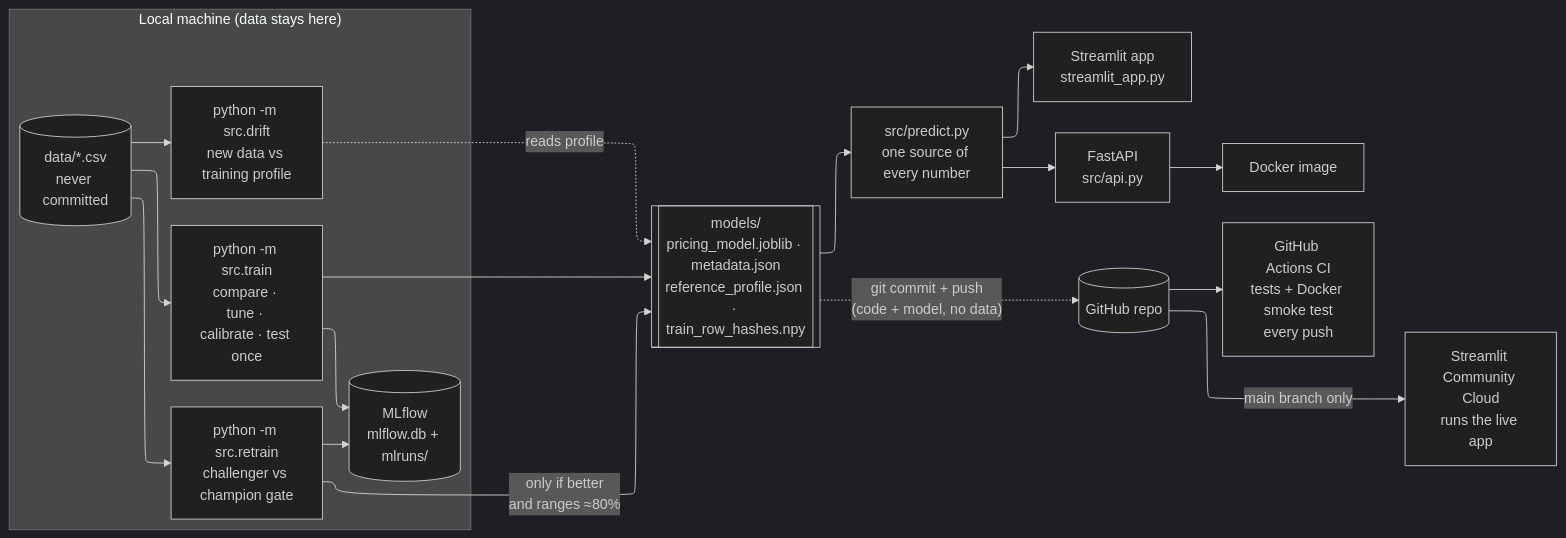
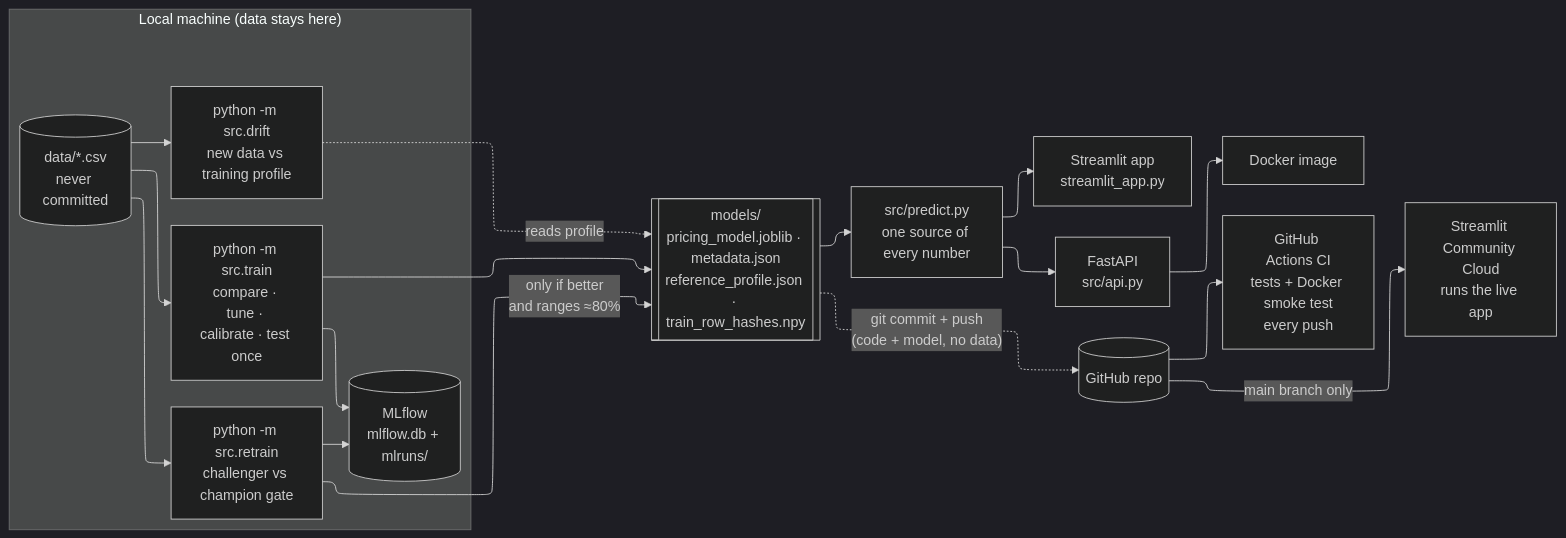
One commit to Kaushik075/used-car-pricing-engine changed the diagram in docs/architecture.mmd. Above: the diagram before and after it, drawn with Mermaid (dark theme). The commit also changed 1 other file, not shown here.

Commit message:
Diagram: final layout

```diff
--- a/docs/architecture.mmd
+++ b/docs/architecture.mmd
@@ -1,31 +1,31 @@
 ---
 config:
   layout: elk
   elk:
-    nodePlacementStrategy: NETWORK_SIMPLEX
+    nodePlacementStrategy: SIMPLE
   flowchart:
     wrappingWidth: 110
 ---
 flowchart LR
     subgraph local["Local machine (data stays here)"]
         CSV[("data/*.csv<br/>never committed")]
         TRAIN["python -m src.train<br/>compare · tune · calibrate · test once"]
         RETRAIN["python -m src.retrain<br/>challenger vs champion gate"]
         DRIFT["python -m src.drift<br/>new data vs training profile"]
         MLF[("MLflow<br/>mlflow.db + mlruns/")]
         CSV --> TRAIN & RETRAIN & DRIFT
         TRAIN --> MLF
         RETRAIN --> MLF
     end
     MODELS[["models/<br/>pricing_model.joblib · metadata.json<br/>reference_profile.json · train_row_hashes.npy"]]
     TRAIN --> MODELS
     RETRAIN -- "only if better<br/>and ranges ≈80%" --> MODELS
     DRIFT -. "reads profile" .-> MODELS
     PRED["src/predict.py<br/>one source of every number"]
     MODELS --> PRED
     PRED --> APP["Streamlit app<br/>streamlit_app.py"]
     PRED --> API["FastAPI<br/>src/api.py"]
     API --> DOCKER["Docker image"]
     MODELS -. "git commit + push<br/>(code + model, no data)" .-> REPO[("GitHub repo")]
     REPO --> GH["GitHub Actions CI<br/>tests + Docker smoke test<br/>every push"]
     REPO -- "main branch only" --> CLOUD["Streamlit Community Cloud<br/>runs the live app"]
```
